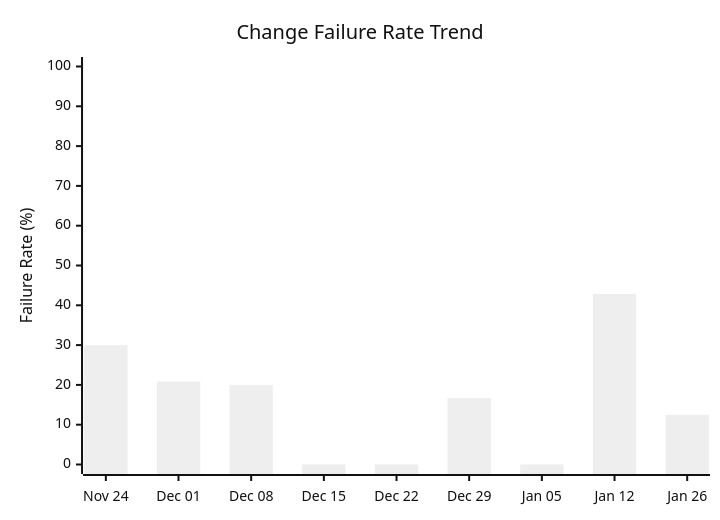
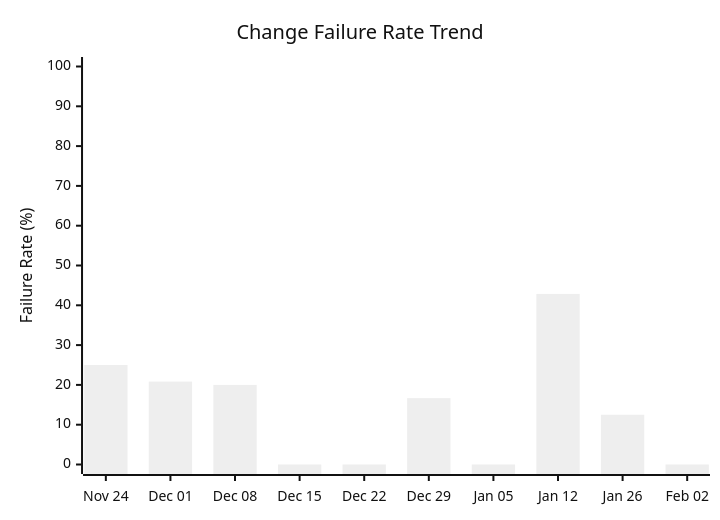
One commit to ukma-cs-ssdm-2025/rate-ukma changed the fourth of 4 diagrams in docs/ci-cd/dora-summary.md. Above: the diagram before and after it, drawn with Mermaid (neutral theme). The commit also changed other lines of this file, not shown here.

````diff
--- a/docs/ci-cd/dora-summary.md
+++ b/docs/ci-cd/dora-summary.md
@@ -69,7 +69,7 @@
 ```mermaid
 xychart-beta
     title "Change Failure Rate Trend"
-    x-axis ["Nov 24", "Dec 01", "Dec 08", "Dec 15", "Dec 22", "Dec 29", "Jan 05", "Jan 12", "Jan 26"]
+    x-axis ["Nov 24", "Dec 01", "Dec 08", "Dec 15", "Dec 22", "Dec 29", "Jan 05", "Jan 12", "Jan 26", "Feb 02"]
     y-axis "Failure Rate (%)" 0 --> 100
-    bar [30.00, 20.83, 20.00, 0.00, 0.00, 16.67, 0.00, 42.86, 12.50]
+    bar [25.00, 20.83, 20.00, 0.00, 0.00, 16.67, 0.00, 42.86, 12.50, 0.00]
 ```
````
